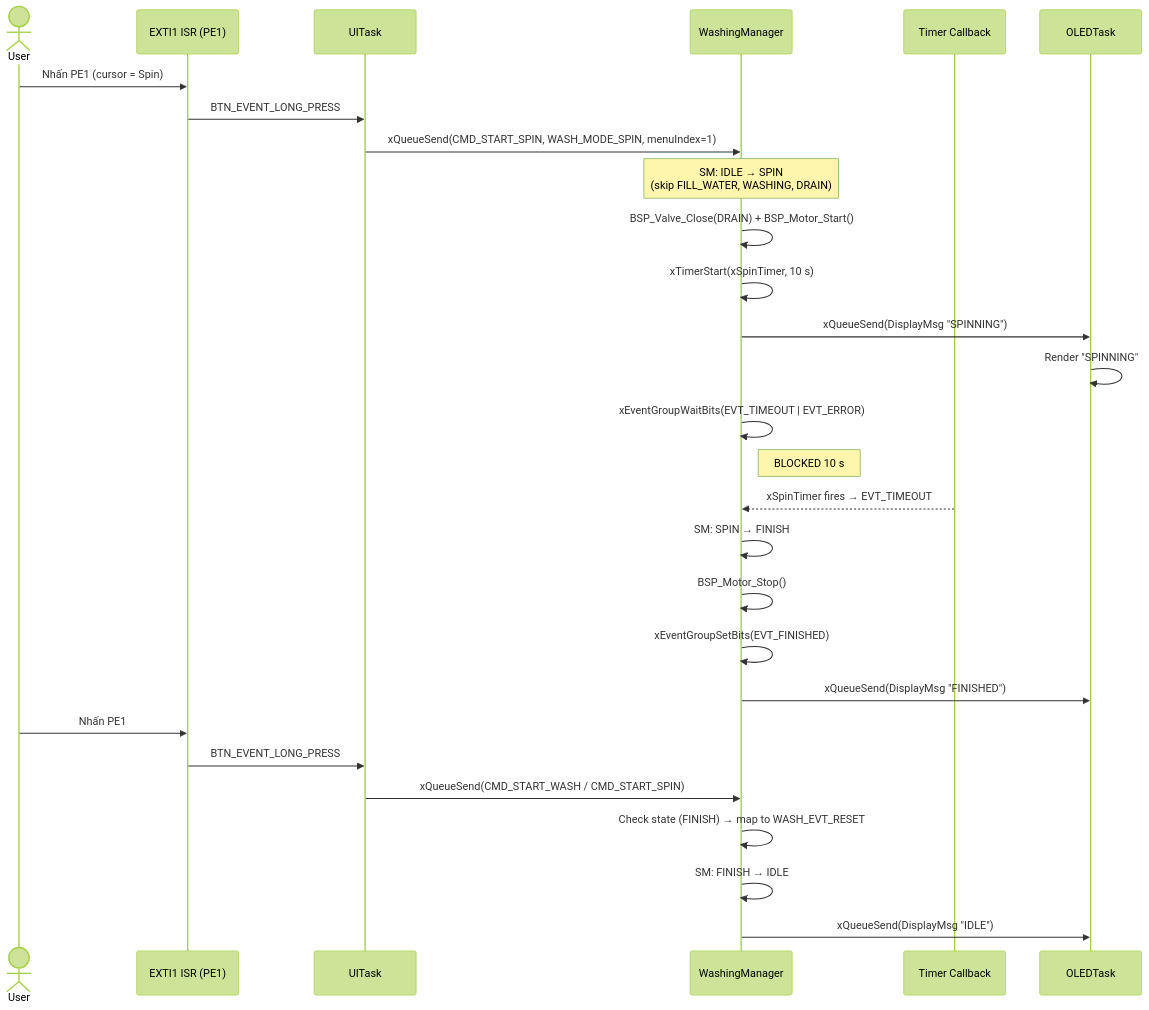
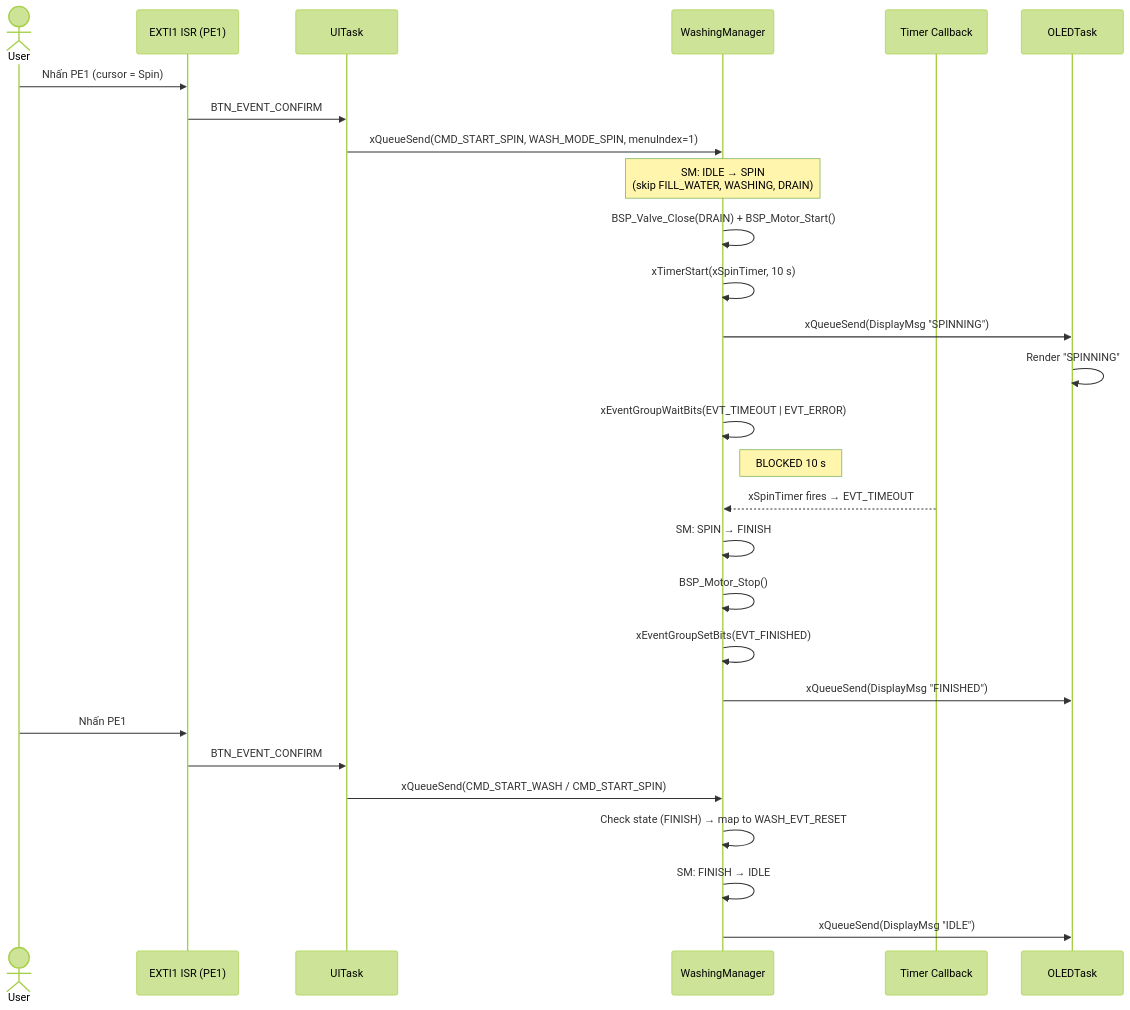
The fourth of 9 diagrams in docs/SYSTEM_DIAGRAMS.md (TTonyVi/Freertos_ST), drawn with Mermaid (forest theme) before and after one commit. The commit also changed other lines of this file and 13 other files, not shown here.

````diff
--- a/docs/SYSTEM_DIAGRAMS.md
+++ b/docs/SYSTEM_DIAGRAMS.md
@@ -240,36 +240,36 @@
 ```mermaid
 sequenceDiagram
     actor User
     participant ISR1 as EXTI1 ISR (PE1)
     participant UI   as UITask
     participant WASH as WashingManager
     participant TMR  as Timer Callback
     participant OLED as OLEDTask
 
     User->>ISR1: Nhấn PE1 (cursor = Spin)
-    ISR1->>UI: BTN_EVENT_LONG_PRESS
+    ISR1->>UI: BTN_EVENT_CONFIRM
     UI->>WASH: xQueueSend(CMD_START_SPIN, WASH_MODE_SPIN, menuIndex=1)
 
     Note over WASH: SM: IDLE → SPIN<br/>(skip FILL_WATER, WASHING, DRAIN)
 
     WASH->>WASH: BSP_Valve_Close(DRAIN) + BSP_Motor_Start()
     WASH->>WASH: xTimerStart(xSpinTimer, 10 s)
     WASH->>OLED: xQueueSend(DisplayMsg "SPINNING")
     OLED->>OLED: Render "SPINNING"
 
     WASH->>WASH: xEventGroupWaitBits(EVT_TIMEOUT | EVT_ERROR)
     Note right of WASH: BLOCKED 10 s
 
     TMR-->>WASH: xSpinTimer fires → EVT_TIMEOUT
     WASH->>WASH: SM: SPIN → FINISH
     WASH->>WASH: BSP_Motor_Stop()
     WASH->>WASH: xEventGroupSetBits(EVT_FINISHED)
     WASH->>OLED: xQueueSend(DisplayMsg "FINISHED")
 
     User->>ISR1: Nhấn PE1
-    ISR1->>UI: BTN_EVENT_LONG_PRESS
+    ISR1->>UI: BTN_EVENT_CONFIRM
     UI->>WASH: xQueueSend(CMD_START_WASH / CMD_START_SPIN)
     WASH->>WASH: Check state (FINISH) → map to WASH_EVT_RESET
     WASH->>WASH: SM: FINISH → IDLE
     WASH->>OLED: xQueueSend(DisplayMsg "IDLE")
 ```
````
